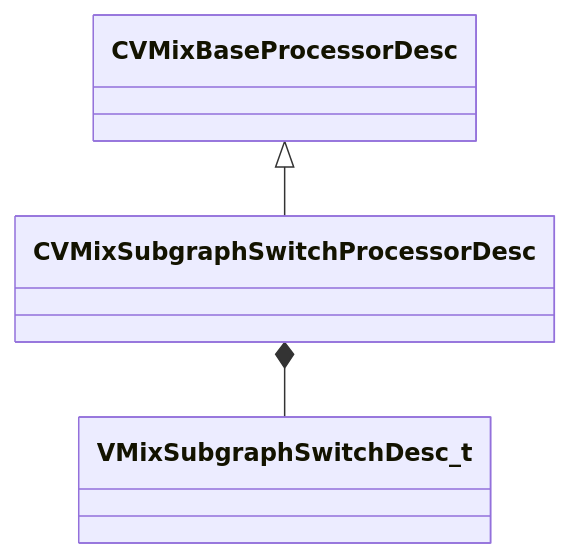
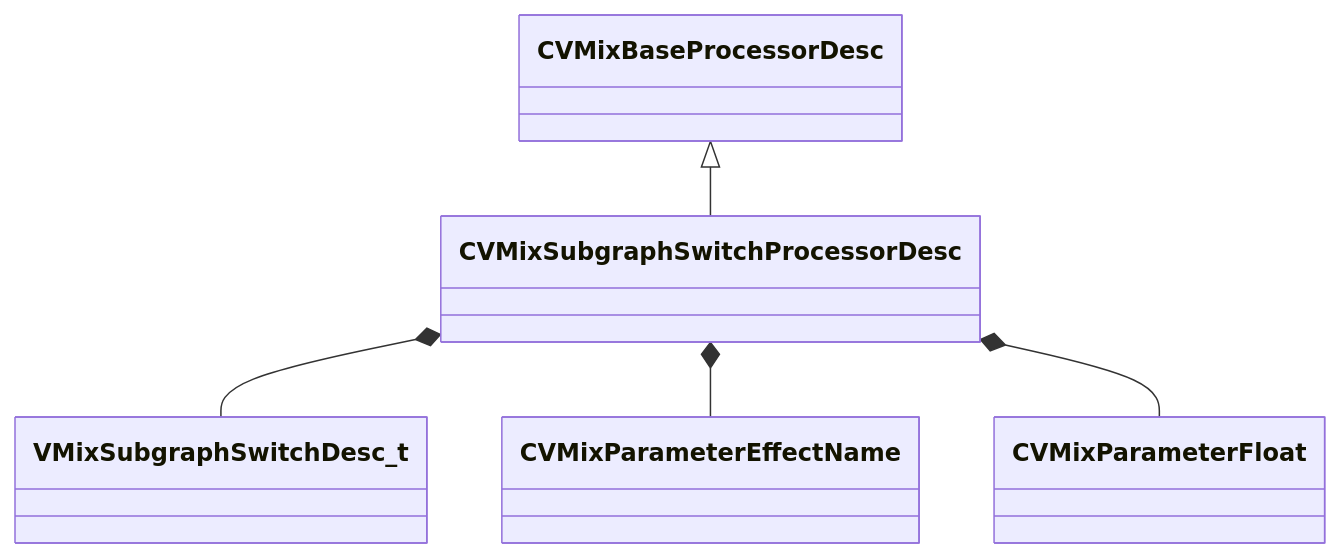
Before and after one commit to CS2OpenDev/CS2OpenDev-Docs: the diagram in docs/generated/schemas/soundsystem_lowlevel/CVMixSubgraphSwitchProcessorDesc.md, drawn with Mermaid. The commit also changed other lines of this file and 4654 other files, not shown here.

Commit message:
docs: regenerate for SchemaTracker build 25947352 [skip ci]

````diff
--- a/docs/generated/schemas/soundsystem_lowlevel/CVMixSubgraphSwitchProcessorDesc.md
+++ b/docs/generated/schemas/soundsystem_lowlevel/CVMixSubgraphSwitchProcessorDesc.md
@@ -19,5 +19,7 @@
 ```mermaid
 classDiagram
     CVMixBaseProcessorDesc <|-- CVMixSubgraphSwitchProcessorDesc
     CVMixSubgraphSwitchProcessorDesc *-- VMixSubgraphSwitchDesc_t
+    CVMixSubgraphSwitchProcessorDesc *-- CVMixParameterEffectName
+    CVMixSubgraphSwitchProcessorDesc *-- CVMixParameterFloat
 ```
````
